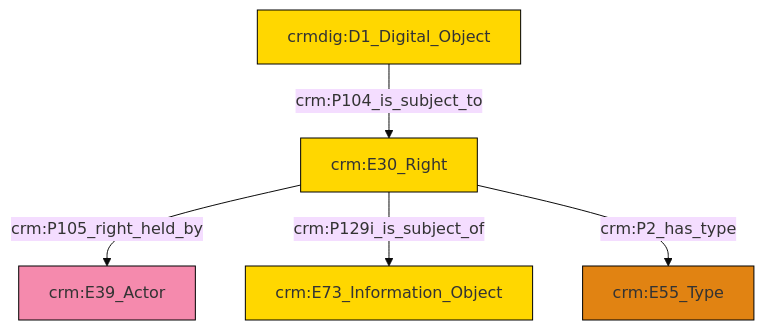
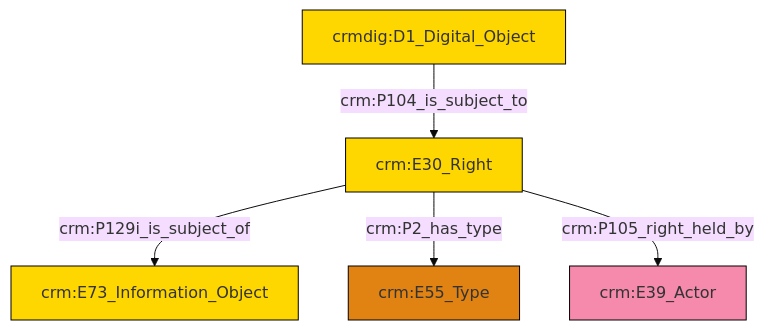
One commit to swiss-art-research-net/reference-data-models changed the diagram in et/doCSV/ttl/mmd/do_rights.ttl.mmd. Above: the diagram before and after it, drawn with Mermaid (base theme). The commit also changed 126 other files, not shown here.

```diff
--- a/et/doCSV/ttl/mmd/do_rights.ttl.mmd
+++ b/et/doCSV/ttl/mmd/do_rights.ttl.mmd
@@ -1,19 +1,19 @@
 graph TD
 classDef Literal fill:#f2f2f2,stroke:#000000;
 classDef CRM_Entity fill:#FFFFFF,stroke:#000000;
 classDef Temporal_Entity fill:#00C9E6, stroke:#000000;
 classDef Type fill:#E18312, stroke:#000000;
 classDef Time-Span fill:#2C9C91, stroke:#000000;
 classDef Appellation fill:#FFEB7F, stroke:#000000;
 classDef Place fill:#008836, stroke:#000000;
 classDef Persistent_Item fill:#B266B2, stroke:#000000;
 classDef Conceptual_Object fill:#FFD700, stroke:#000000;
 classDef Physical_Thing fill:#D2B48C, stroke:#000000;
 classDef Actor fill:#f58aad, stroke:#000000;
 classDef PC_Classes fill:#4ce600, stroke:#000000;
 classDef Multi fill:#cccccc,stroke:#000000;
 
-4["crm:E30_Right"]:::Conceptual_Object -->|crm:P105_right_held_by| 5["crm:E39_Actor"]:::Actor
-2["crmdig:D1_Digital_Object"]:::Conceptual_Object -->|crm:P104_is_subject_to| 4["crm:E30_Right"]:::Conceptual_Object
-4["crm:E30_Right"]:::Conceptual_Object -->|crm:P129i_is_subject_of| 6["crm:E73_Information_Object"]:::Conceptual_Object
-4["crm:E30_Right"]:::Conceptual_Object -->|crm:P2_has_type| 0["crm:E55_Type"]:::Type
+2["crmdig:D1_Digital_Object"]:::Conceptual_Object -->|crm:P104_is_subject_to| 0["crm:E30_Right"]:::Conceptual_Object
+0["crm:E30_Right"]:::Conceptual_Object -->|crm:P129i_is_subject_of| 3["crm:E73_Information_Object"]:::Conceptual_Object
+0["crm:E30_Right"]:::Conceptual_Object -->|crm:P2_has_type| 5["crm:E55_Type"]:::Type
+0["crm:E30_Right"]:::Conceptual_Object -->|crm:P105_right_held_by| 6["crm:E39_Actor"]:::Actor
```
